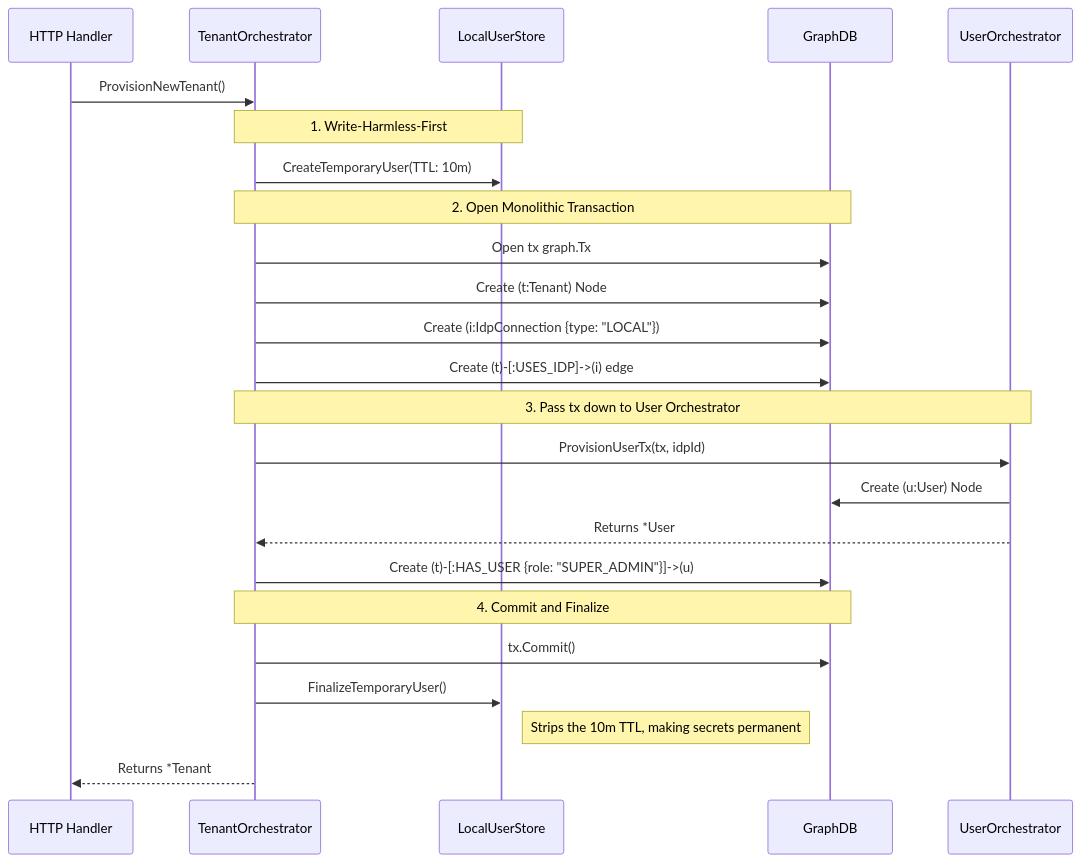
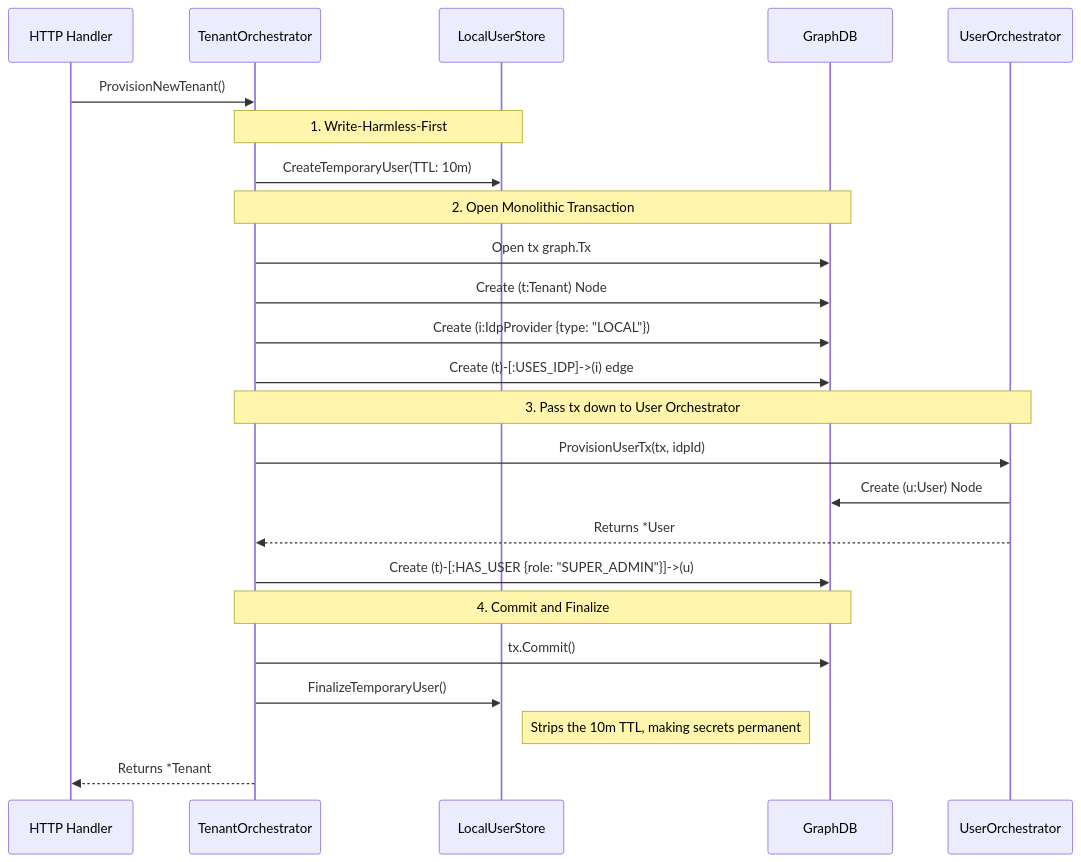
Before and after one commit to platrium-app/platrium: the second of 2 diagrams in docs/content/docs/(contributors)/architecture/identity/multi-tenancy.mdx, drawn with Mermaid. The commit also changed other lines of this file and 200 other files, not shown here.

````diff
--- a/docs/content/docs/(contributors)/architecture/identity/multi-tenancy.mdx
+++ b/docs/content/docs/(contributors)/architecture/identity/multi-tenancy.mdx
@@ -72,35 +72,35 @@
 ```mermaid
 sequenceDiagram
     participant API as HTTP Handler
     participant TO as TenantOrchestrator
     participant KV as LocalUserStore
     participant Graph as GraphDB
     participant UO as UserOrchestrator
 
     API->>TO: ProvisionNewTenant()
     
     Note over TO,KV: 1. Write-Harmless-First
     TO->>KV: CreateTemporaryUser(TTL: 10m)
     
     Note over TO,Graph: 2. Open Monolithic Transaction
     TO->>Graph: Open tx graph.Tx
     
     TO->>Graph: Create (t:Tenant) Node
-    TO->>Graph: Create (i:IdpConnection {type: "LOCAL"})
+    TO->>Graph: Create (i:IdpProvider {type: "LOCAL"})
     TO->>Graph: Create (t)-[:USES_IDP]->(i) edge
     
     Note over TO,UO: 3. Pass tx down to User Orchestrator
     TO->>UO: ProvisionUserTx(tx, idpId)
     UO->>Graph: Create (u:User) Node
     UO-->>TO: Returns *User
     
     TO->>Graph: Create (t)-[:HAS_USER {role: "SUPER_ADMIN"}]->(u)
     
     Note over TO,Graph: 4. Commit and Finalize
     TO->>Graph: tx.Commit()
     
     TO->>KV: FinalizeTemporaryUser()
     Note right of KV: Strips the 10m TTL, making secrets permanent
     
     TO-->>API: Returns *Tenant
 ```
````
